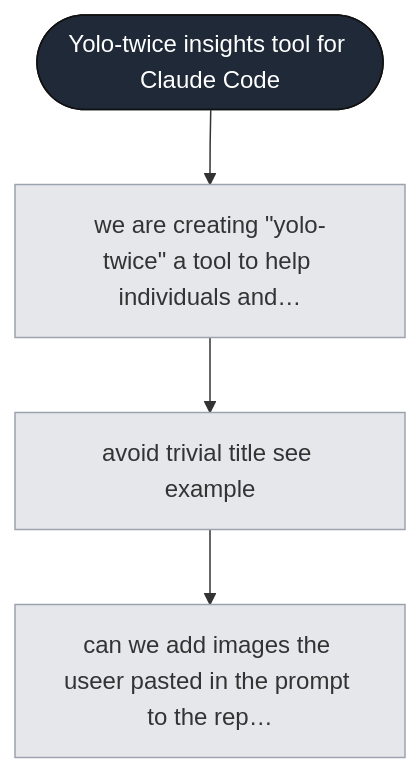
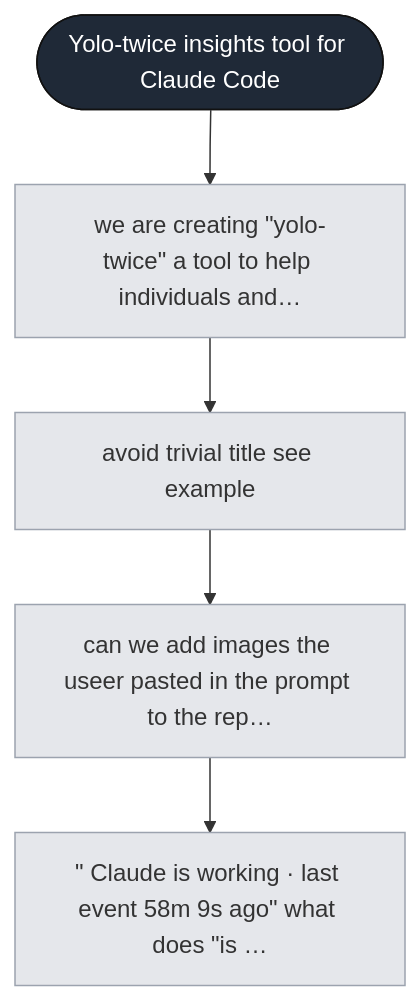
The diagram in .yolo-twice/sessions/34b27ceb-5af1-4142-8334-ab80a4310636/graph.L1.mmd (bar9/yolo-twice), drawn with Mermaid before and after one commit. The commit also changed 4 other files, not shown here.

```diff
--- a/.yolo-twice/sessions/34b27ceb-5af1-4142-8334-ab80a4310636/graph.L1.mmd
+++ b/.yolo-twice/sessions/34b27ceb-5af1-4142-8334-ab80a4310636/graph.L1.mmd
@@ -1,21 +1,24 @@
 flowchart TD
   s_34b27ceb_5af1_4142_8334_ab80a4310636(["Yolo-twice insights tool for Claude Code"])
   p1["we are creating #quot;yolo-twice#quot; a tool to help individuals and…"]
   p2["avoid trivial title see example"]
   p3["can we add images the useer pasted in the prompt to the rep…"]
+  p4["#quot; Claude is working · last event 58m 9s ago#quot; what does #quot;is …"]
   s_34b27ceb_5af1_4142_8334_ab80a4310636 --> p1
   p1 --> p2
   p2 --> p3
+  p3 --> p4
   classDef session fill:#1f2937,color:#fff,stroke:#111;
   classDef phase fill:#e5e7eb,stroke:#9ca3af;
   classDef turn fill:#dbeafe,stroke:#60a5fa;
   classDef branch fill:#fde68a,stroke:#d97706;
   classDef subagent fill:#ede9fe,stroke:#8b5cf6;
   classDef tool fill:#dcfce7,stroke:#22c55e;
   classDef error fill:#fee2e2,stroke:#ef4444;
   classDef text fill:#f3f4f6,stroke:#9ca3af;
   classDef thinking fill:#f3f4f6,stroke:#d1d5db,stroke-dasharray: 3 3;
   class s_34b27ceb_5af1_4142_8334_ab80a4310636 session;
   class p1 phase;
   class p2 phase;
   class p3 phase;
+  class p4 phase;
```
